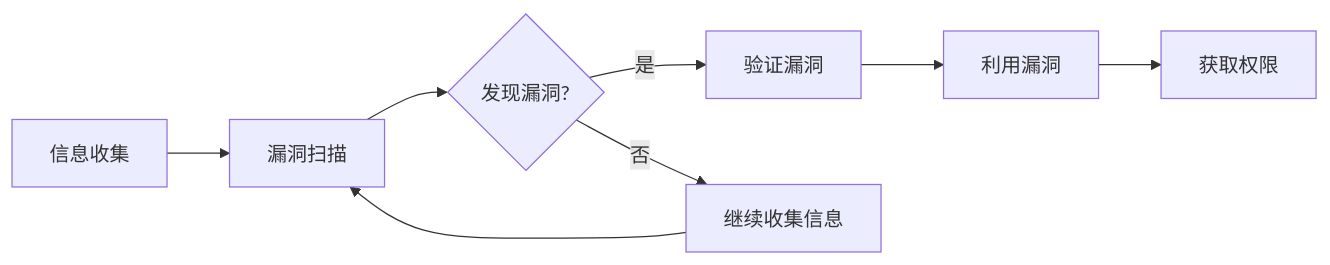
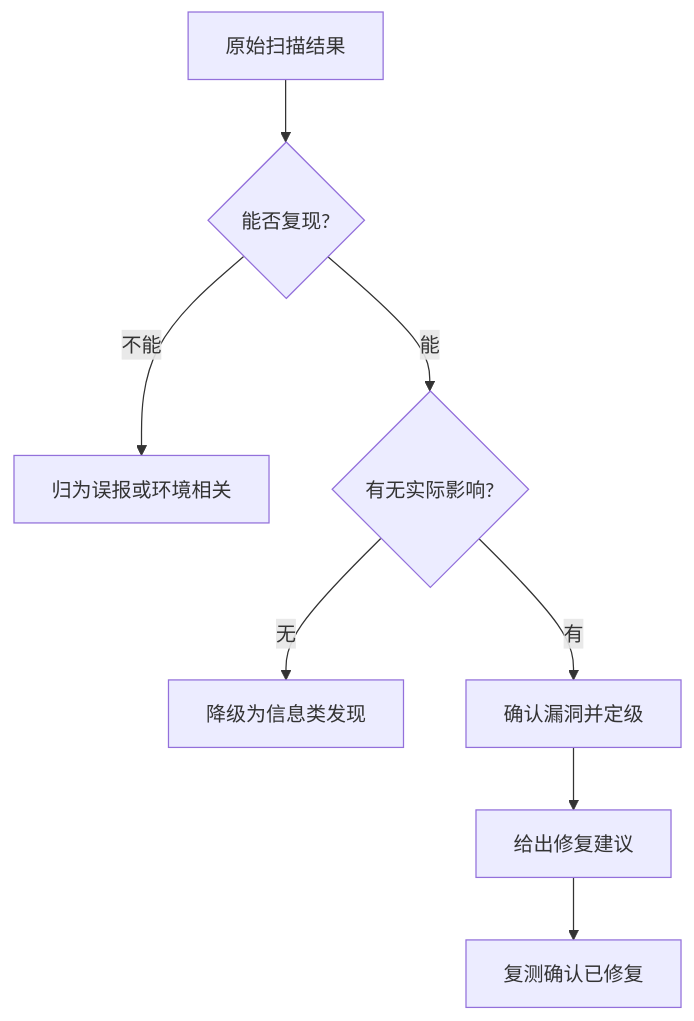
The fifth of 6 diagrams in content/linux/safe_test/Chapter-72-Vulnerability-Scanning.md (before80/prgms), drawn with Mermaid before and after one commit. The commit also changed other lines of this file and 1645 other files, not shown here.

````diff
--- a/content/linux/safe_test/Chapter-72-Vulnerability-Scanning.md
+++ b/content/linux/safe_test/Chapter-72-Vulnerability-Scanning.md
@@ -429,10 +703,10 @@
 ```mermaid
-graph LR
-    A[信息收集] --> B[漏洞扫描]
-    B --> C{发现漏洞?}
-    C -->|是| D[验证漏洞]
-    C -->|否| E[继续收集信息]
-    D --> F[利用漏洞]
-    F --> G[获取权限]
-    E --> B
+graph TD
+    A[原始扫描结果] --> B{能否复现?}
+    B -->|不能| C[归为误报或环境相关]
+    B -->|能| D{有无实际影响?}
+    D -->|无| E[降级为信息类发现]
+    D -->|有| F[确认漏洞并定级]
+    F --> G[给出修复建议]
+    G --> H[复测确认已修复]
 ```
````
